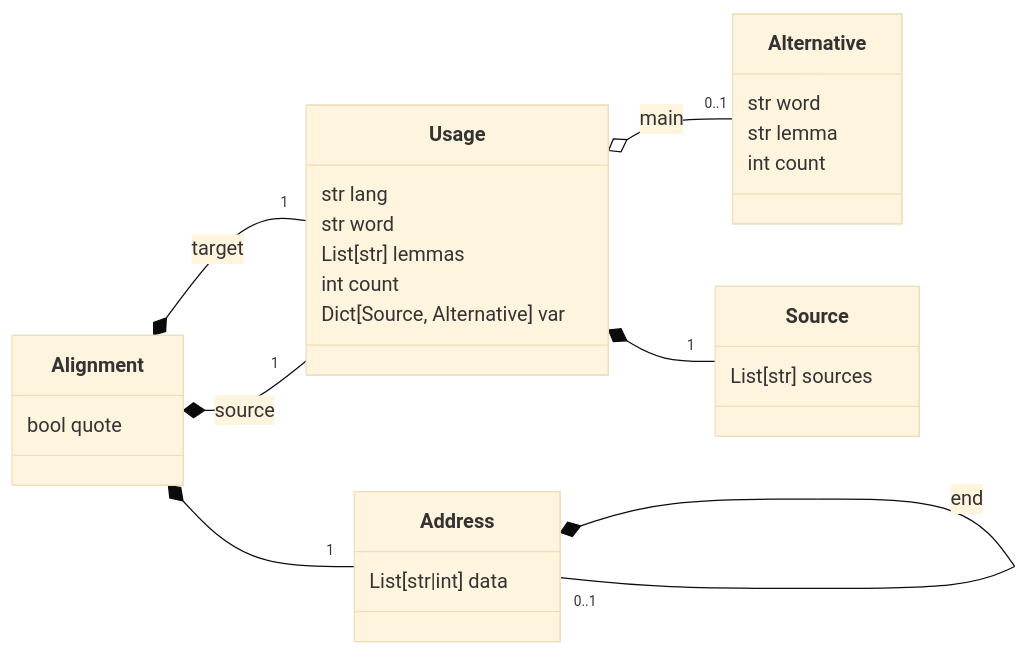
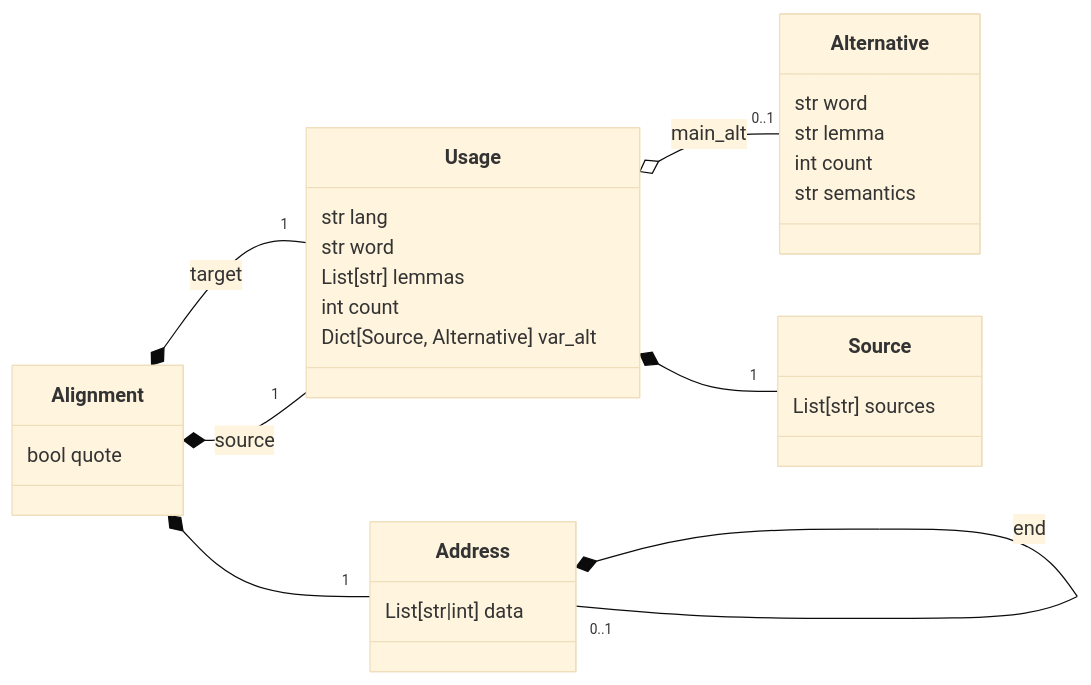
The second of 3 diagrams in integrator/README.md (mapto/UchitelnoEvangelie), drawn with Mermaid (base theme) before and after one commit. The commit also changed other lines of this file and 52 other files, not shown here.

````diff
--- a/integrator/README.md
+++ b/integrator/README.md
@@ -32,29 +67,30 @@
 ```mermaid
 classDiagram
 direction LR
 
 class Address
 Address : List[str|int] data
 class Alignment
 Alignment : bool quote
 class Usage
 Usage : str lang
 Usage : str word
 Usage : List[str] lemmas
 Usage : int count
-Usage : Dict[Source, Alternative] var
+Usage : Dict[Source, Alternative] var_alt
 Usage : 
 class Alternative
 Alternative: str word
 Alternative: str lemma
 Alternative: int count
+Alternative: str semantics
 class Source
 Source: List[str] sources
 
 Alignment *-- "1" Address
 Address *-- "0..1" Address: end
 Alignment *-- "1" Usage: target
 Alignment *-- "1" Usage: source
 Usage *-- "1" Source
-Usage o-- "0..1" Alternative: main
+Usage o-- "0..1" Alternative: main_alt
 ```
````
